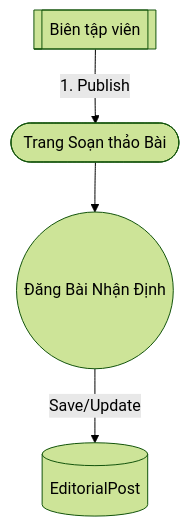
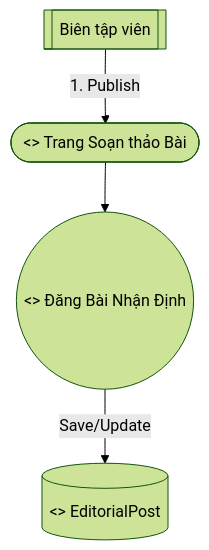
One commit to qhun22/qq changed the eighth of 10 diagrams in README.md. Above: the diagram before and after it, drawn with Mermaid (forest theme). The commit also changed other lines of this file, not shown here.

````diff
--- a/README.md
+++ b/README.md
@@ -279,12 +404,12 @@
 ```mermaid
 flowchart TD
   A_EDT[[Biên tập viên]]
   
-  B_EDT([Trang Soạn thảo Bài])
-  C_POST((Đăng Bài Nhận Định))
-  E_POST[(EditorialPost)]
+  B_EDT([<<boundary>> Trang Soạn thảo Bài])
+  C_POST((<<control>> Đăng Bài Nhận Định))
+  E_POST[(<<entity>> EditorialPost)]
 
   A_EDT -->|1. Publish| B_EDT
   B_EDT --> C_POST
   C_POST -->|Save/Update| E_POST
 ```
````
